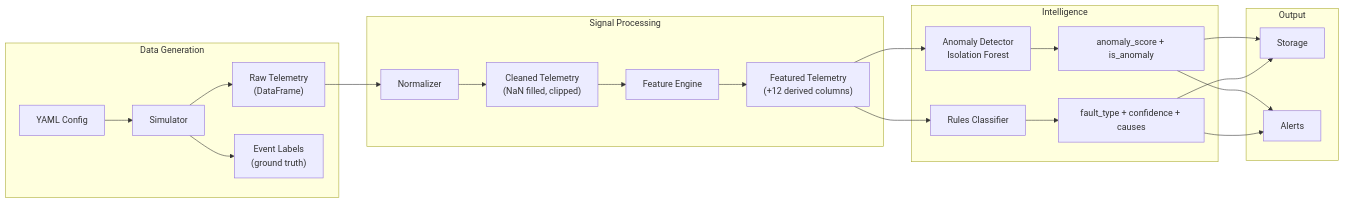
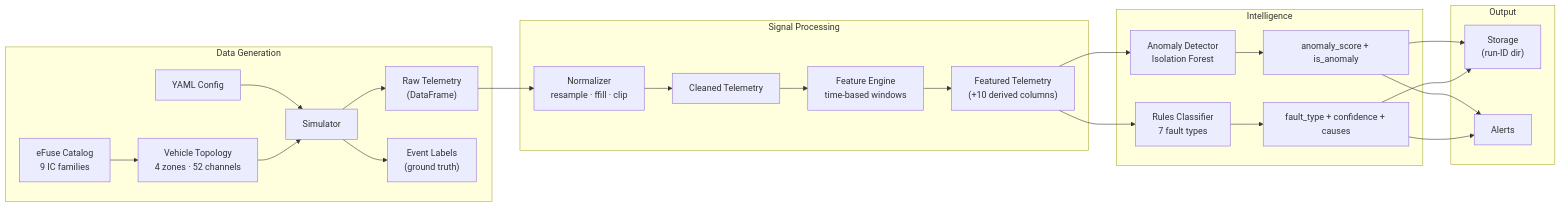
One commit to jayaprakash87/vehicle-intelligence-platform changed the first of 4 diagrams in docs/01_architecture.md. Above: the diagram before and after it, drawn with Mermaid. The commit also changed other lines of this file and 3 other files, not shown here.

````diff
--- a/docs/01_architecture.md
+++ b/docs/01_architecture.md
@@ -9,29 +33,31 @@
 ```mermaid
 flowchart LR
     subgraph Data Generation
+        CAT[eFuse Catalog<br/>9 IC families] --> TOPO[Vehicle Topology<br/>4 zones · 52 channels]
         CFG[YAML Config] --> SIM[Simulator]
+        TOPO --> SIM
         SIM --> RAW["Raw Telemetry<br/>(DataFrame)"]
         SIM --> LBL["Event Labels<br/>(ground truth)"]
     end
 
     subgraph Signal Processing
-        RAW --> NRM[Normalizer]
-        NRM --> CLN["Cleaned Telemetry<br/>(NaN filled, clipped)"]
-        CLN --> FE[Feature Engine]
-        FE --> FEAT["Featured Telemetry<br/>(+12 derived columns)"]
+        RAW --> NRM[Normalizer<br/>resample · ffill · clip]
+        NRM --> CLN["Cleaned Telemetry"]
+        CLN --> FE[Feature Engine<br/>time-based windows]
+        FE --> FEAT["Featured Telemetry<br/>(+10 derived columns)"]
     end
 
     subgraph Intelligence
         FEAT --> AD[Anomaly Detector<br/>Isolation Forest]
-        FEAT --> RC[Rules Classifier]
+        FEAT --> RC[Rules Classifier<br/>7 fault types]
         AD --> SCORE[anomaly_score + is_anomaly]
         RC --> CLASS[fault_type + confidence + causes]
     end
 
     subgraph Output
-        SCORE --> STR[Storage]
+        SCORE --> STR["Storage<br/>(run-ID dir)"]
         CLASS --> STR
         SCORE --> ALT[Alerts]
         CLASS --> ALT
     end
 ```
````
